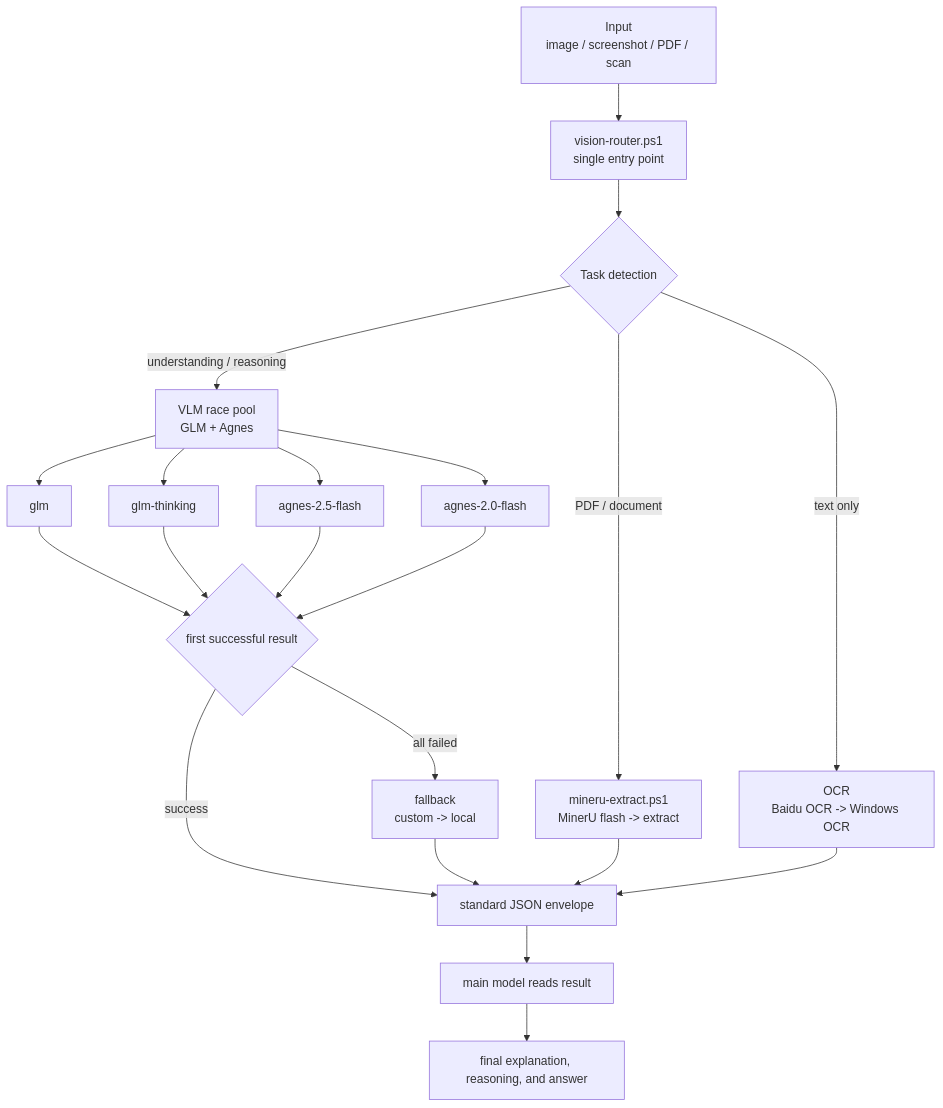
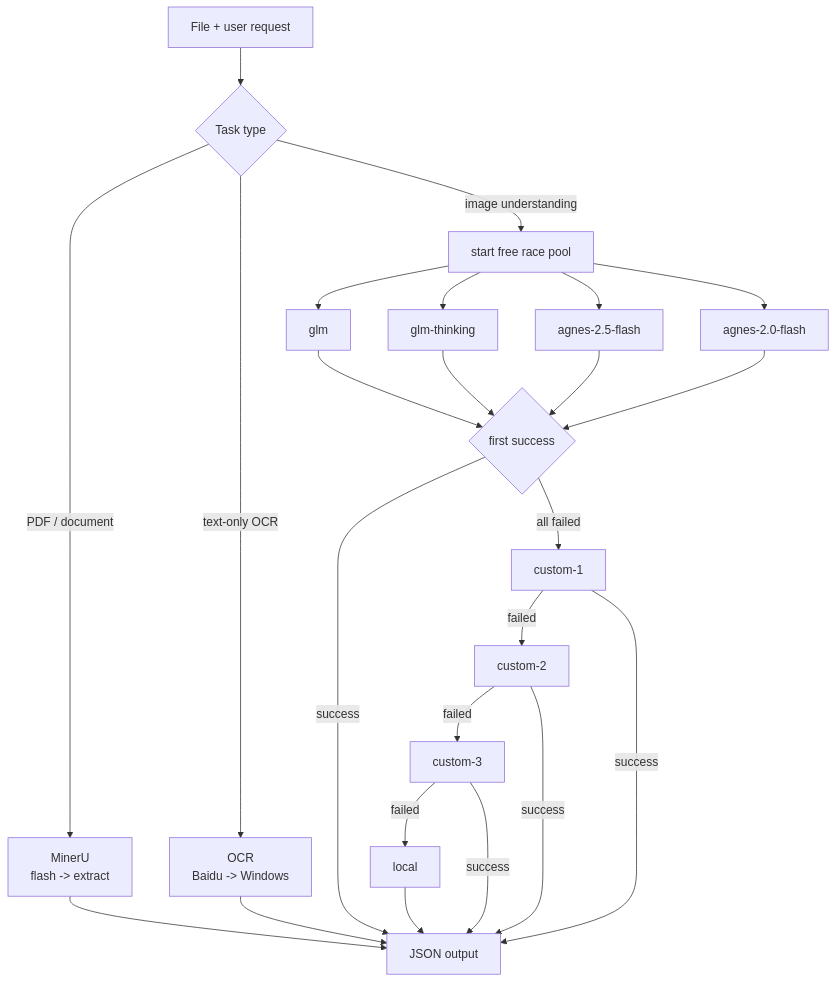
Before and after one commit to Sorwcyra/ds-vision-skill: the fourth of 4 diagrams in README.md, drawn with Mermaid. The commit also changed other lines of this file and 8 other files, not shown here.

Commit message:
Organize free pool and custom slots

````diff
--- a/README.md
+++ b/README.md
@@ -253,28 +272,31 @@
 ```mermaid
 flowchart TD
-    A["Input<br/>image / screenshot / PDF / scan"] --> B["vision-router.ps1<br/>single entry point"]
-    B --> C{"Task detection"}
+    A["File + user request"] --> B{"Task type"}
 
-    C -->|PDF / document| D["mineru-extract.ps1<br/>MinerU flash -> extract"]
-    C -->|text only| E["OCR<br/>Baidu OCR -> Windows OCR"]
-    C -->|understanding / reasoning| F["VLM race pool<br/>GLM + Agnes"]
+    B -->|PDF / document| C["MinerU<br/>flash -> extract"]
+    B -->|text-only OCR| D["OCR<br/>Baidu -> Windows"]
+    B -->|image understanding| E["start free race pool"]
 
-    F --> F1["glm"]
-    F --> F2["glm-thinking"]
-    F --> F3["agnes-2.5-flash"]
-    F --> F4["agnes-2.0-flash"]
+    E --> E1["glm"]
+    E --> E2["glm-thinking"]
+    E --> E3["agnes-2.5-flash"]
+    E --> E4["agnes-2.0-flash"]
 
-    F1 --> G{"first successful result"}
-    F2 --> G
-    F3 --> G
-    F4 --> G
+    E1 --> F{"first success"}
+    E2 --> F
+    E3 --> F
+    E4 --> F
 
-    G -->|success| J["standard JSON envelope"]
-    G -->|all failed| H["fallback<br/>custom -> local"]
-    H --> J
-    D --> J
-    E --> J
+    F -->|success| Z["JSON output"]
+    F -->|all failed| G["custom-1"]
+    G -->|failed| H["custom-2"]
+    H -->|failed| I["custom-3"]
+    I -->|failed| K["local"]
 
-    J --> K["main model reads result"]
-    K --> L["final explanation, reasoning, and answer"]
+    C --> Z
+    D --> Z
+    G -->|success| Z
+    H -->|success| Z
+    I -->|success| Z
+    K --> Z
 ```
````
